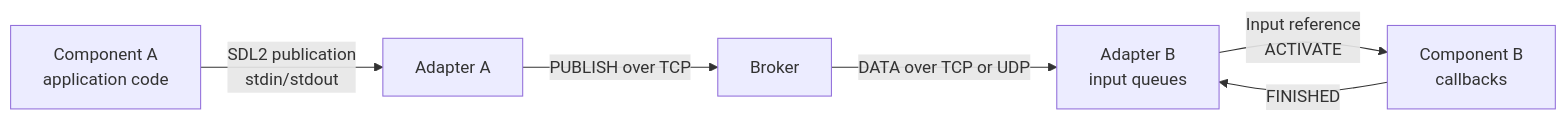
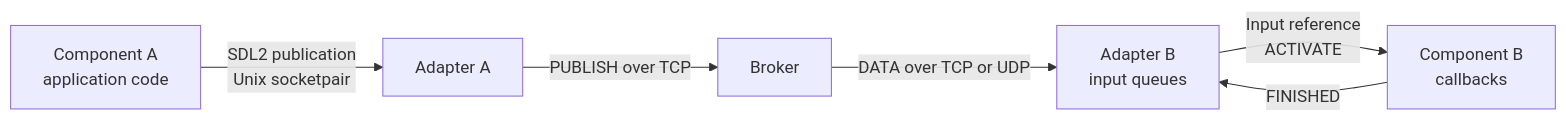
The diagram in ose/docs/runtime.md (archambaultfrancois-ship-it/ose), drawn with Mermaid before and after one commit. The commit also changed other lines of this file and 43 other files, not shown here.

Commit message:
Move component IPC to private Unix socketpairs

````diff
--- a/ose/docs/runtime.md
+++ b/ose/docs/runtime.md
@@ -26,8 +26,8 @@
 ```mermaid
 flowchart LR
-    C1["Component A<br/>application code"] -->|"SDL2 publication<br/>stdin/stdout"| A1["Adapter A"]
+    C1["Component A<br/>application code"] -->|"SDL2 publication<br/>Unix socketpair"| A1["Adapter A"]
     A1 -->|"PUBLISH over TCP"| B["Broker"]
     B -->|"DATA over TCP or UDP"| A2["Adapter B<br/>input queues"]
     A2 -->|"Input reference<br/>ACTIVATE"| C2["Component B<br/>callbacks"]
     C2 -->|"FINISHED"| A2
 ```
````
